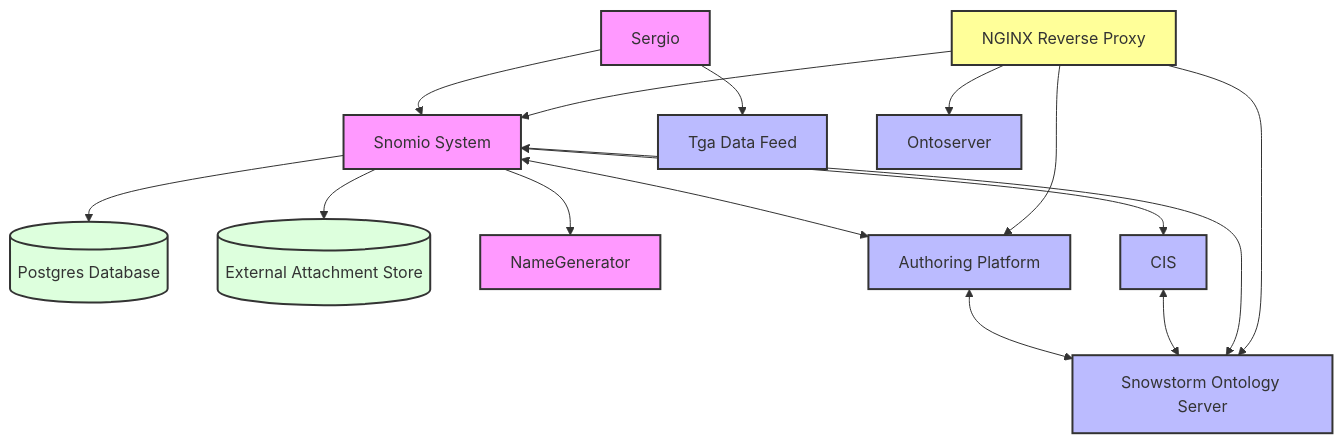
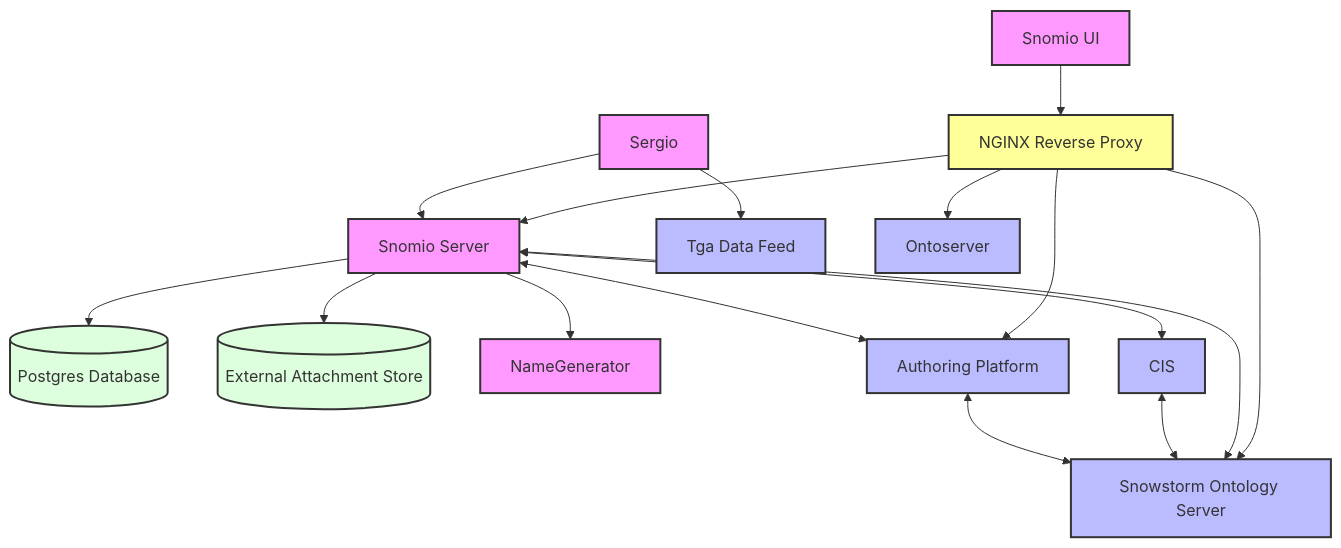
Before and after one commit to AuDigitalHealth/lingo: the diagram in docs/DEPLOYMENT.md, drawn with Mermaid. The commit also changed other lines of this file and 10 other files, not shown here.

````diff
--- a/docs/DEPLOYMENT.md
+++ b/docs/DEPLOYMENT.md
@@ -81,37 +81,39 @@
 ```mermaid
 graph TB
     NGINX[NGINX Reverse Proxy]
-    Snomio[Snomio System]
+    SnomioUI[Snomio UI]
+    Snomio[Snomio Server]
     DB[(Postgres Database)]
     AttachmentStore[(External Attachment Store)]
     Sergio[Sergio]
     NameGen[NameGenerator]
     AuthoringPlatform[Authoring Platform]
     Snowstorm[Snowstorm Ontology Server]
     TGAFeed[Tga Data Feed]
     
     NGINX --> Snomio
     NGINX --> Ontoserver
     NGINX --> Snowstorm
     NGINX --> AuthoringPlatform
+    SnomioUI --> NGINX
     Snomio --> DB
     Snomio --> AttachmentStore
     Snomio --> NameGen
     Sergio --> Snomio
     Sergio --> TGAFeed
     Snomio <--> AuthoringPlatform
     Snomio <--> Snowstorm
     Snomio <--> CIS
     CIS <--> Snowstorm
     AuthoringPlatform <--> Snowstorm
     
     classDef system fill: #f9f, stroke: #333, stroke-width: 2px;
     classDef external fill: #bbf, stroke: #333, stroke-width: 2px;
     classDef database fill: #dfd, stroke: #333, stroke-width: 2px;
     classDef user fill: #fdb, stroke: #333, stroke-width: 2px;
     classDef proxy fill: #ff9, stroke: #333, stroke-width: 2px;
-    class Snomio,Sergio,NameGen system;
+    class Snomio,SnomioUI,Sergio,NameGen system;
     class AuthoringPlatform,Snowstorm,TGAFeed,Ontoserver,CIS external;
     class DB,AttachmentStore database;
     class NGINX proxy;
 ```
````
